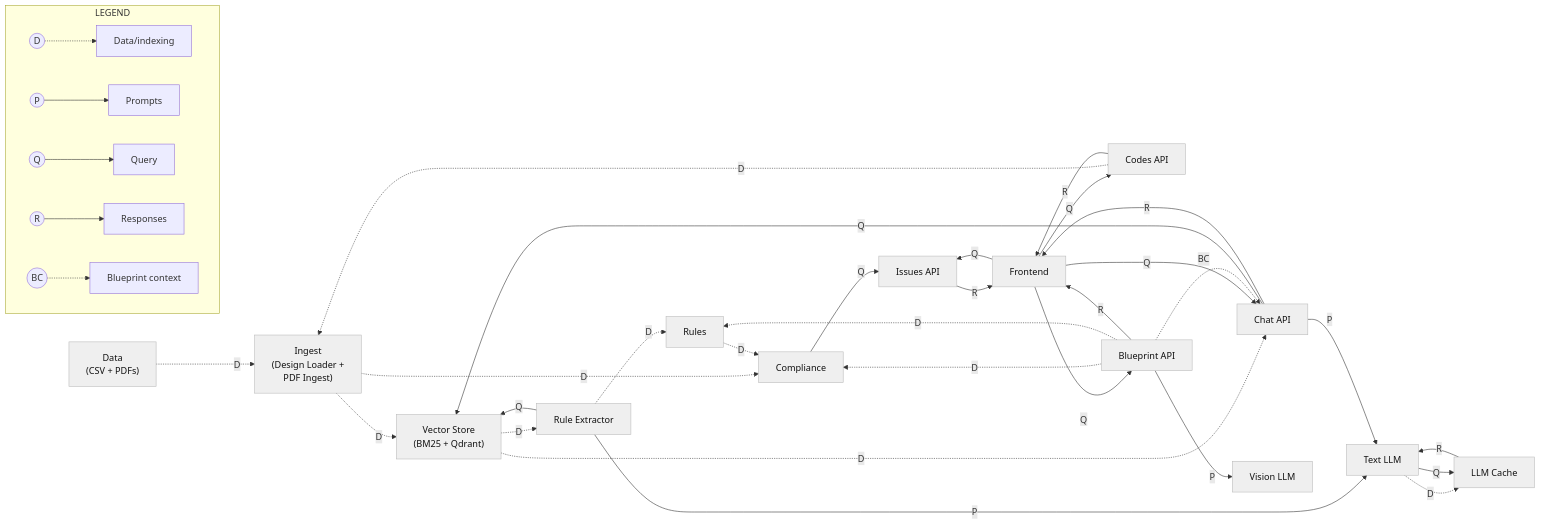
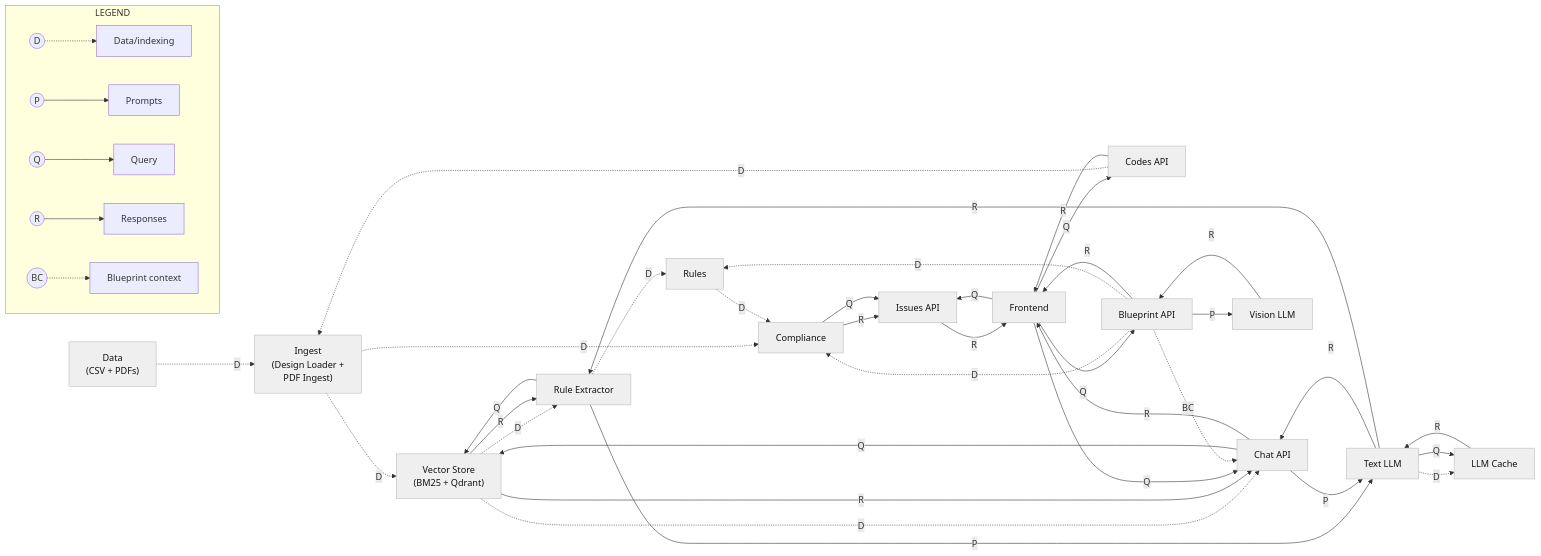
One commit to mjoshua97241/space-code-copilot changed the second of 2 diagrams in docs/architecture-diagram.md. Above: the diagram before and after it, drawn with Mermaid.

Commit message:
More responses

````diff
--- a/docs/architecture-diagram.md
+++ b/docs/architecture-diagram.md
@@ -158,71 +158,81 @@
 ```mermaid
 flowchart LR
   %% ---------- Simplified nodes ----------
   DATA["Data\n(CSV + PDFs)"]
   INGEST["Ingest\n(Design Loader +\nPDF Ingest)"]
   VDB2["Vector Store\n(BM25 + Qdrant)"]
   RULES2["Rules"]
   COMP2["Compliance"]
   RULEX2["Rule Extractor"]
   CHATAPI2["Chat API"]
   CODESAPI2["Codes API"]
   BLUEPRINTAPI2["Blueprint API"]
   ISSUESAPI2["Issues API"]
   FRONT2["Frontend"]
   LLM2["Text LLM"]
   VLM2["Vision LLM"]
   CACHE2["LLM Cache"]
 
   %% ---------- Data/indexing (D) ----------
   DATA -.->|D| INGEST
   INGEST -.->|D| VDB2
   INGEST -.->|D| COMP2
   VDB2 -.->|D| RULEX2
   VDB2 -.->|D| CHATAPI2
   RULEX2 -.->|D| RULES2
   RULES2 -.->|D| COMP2
   CODESAPI2 -.->|D| INGEST
   BLUEPRINTAPI2 -.->|D| COMP2
   BLUEPRINTAPI2 -.->|D| RULES2
 
   %% ---------- Prompts (P) ----------
   RULEX2 -->|P| LLM2
   CHATAPI2 -->|P| LLM2
   BLUEPRINTAPI2 -->|P| VLM2
 
+  %% ---------- LLM responses (R) ----------
+  LLM2 -->|R| CHATAPI2
+  LLM2 -->|R| RULEX2
+  VLM2 -->|R| BLUEPRINTAPI2
+
   %% ---------- Query / retrieval (Q) ----------
   CHATAPI2 -->|Q| VDB2
   RULEX2 -->|Q| VDB2
+
+  %% ---------- Retrieval / compliance responses (R) ----------
+  VDB2 -->|R| CHATAPI2
+  VDB2 -->|R| RULEX2
+  COMP2 -->|R| ISSUESAPI2
 
   %% ---------- User request/response (Q/R) ----------
   FRONT2 -->|Q| CHATAPI2
   FRONT2 -->|Q| CODESAPI2
   FRONT2 -->|Q| BLUEPRINTAPI2
   FRONT2 -->|Q| ISSUESAPI2
   COMP2 -->|Q| ISSUESAPI2
   ISSUESAPI2 -->|R| FRONT2
   CHATAPI2 -->|R| FRONT2
   CODESAPI2 -->|R| FRONT2
   BLUEPRINTAPI2 -->|R| FRONT2
 
   %% ---------- Blueprint context (BC) ----------
   BLUEPRINTAPI2 -.->|BC| CHATAPI2
 
   %% ---------- LLM ↔ Cache (D/Q/R) ----------
   LLM2 -.->|D| CACHE2
   LLM2 -->|Q| CACHE2
   CACHE2 -->|R| LLM2
 
   %% ---------- Legend ----------
   subgraph LEGEND2["LEGEND"]
     direction LR
     L1((D)) -.-> T1["Data/indexing"]
     L2((P)) --> T2["Prompts"]
     L3((Q)) --> T3["Query"]
     L4((R)) --> T4["Responses"]
     L5((BC)) -.-> T5["Blueprint context"]
   end
 
   classDef box fill:#efefef,stroke:#bbb,stroke-width:1px,color:#111;
   class DATA,INGEST,VDB2,RULES2,COMP2,RULEX2,CHATAPI2,CODESAPI2,BLUEPRINTAPI2,ISSUESAPI2,FRONT2,LLM2,VLM2,CACHE2 box;
 ```
````
